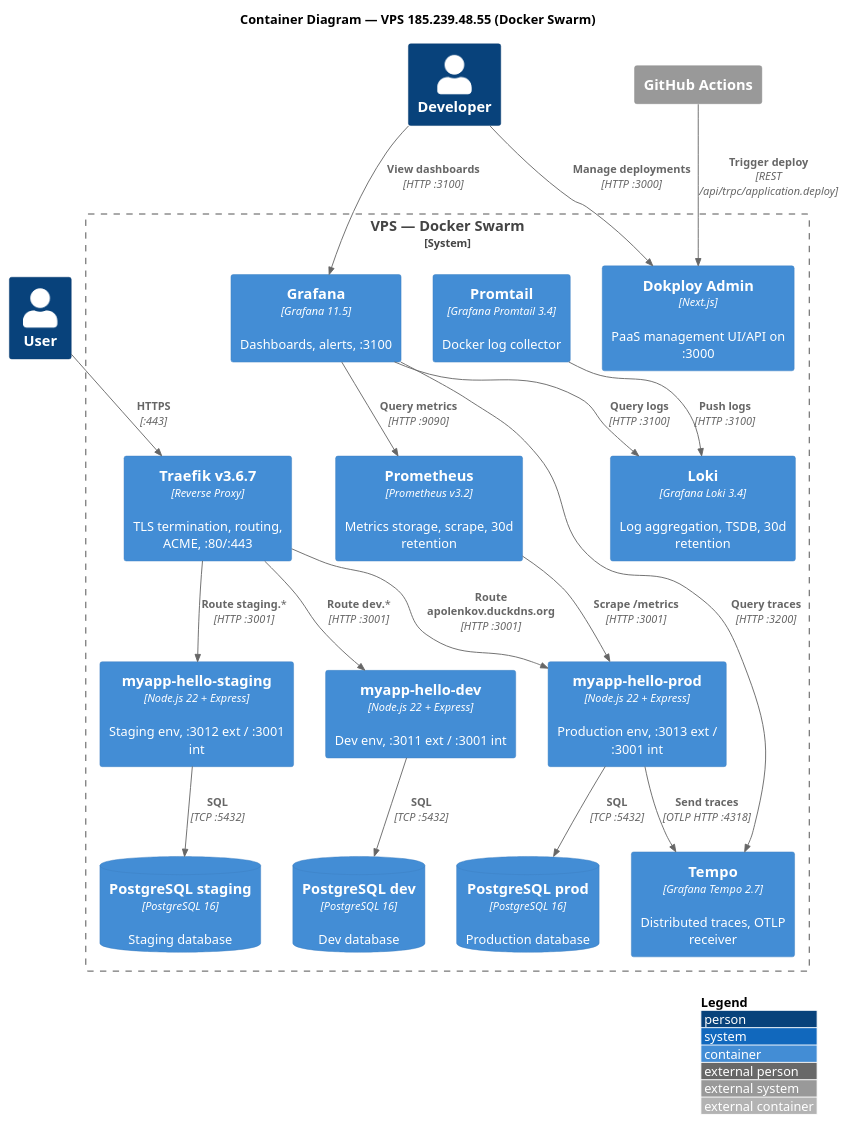
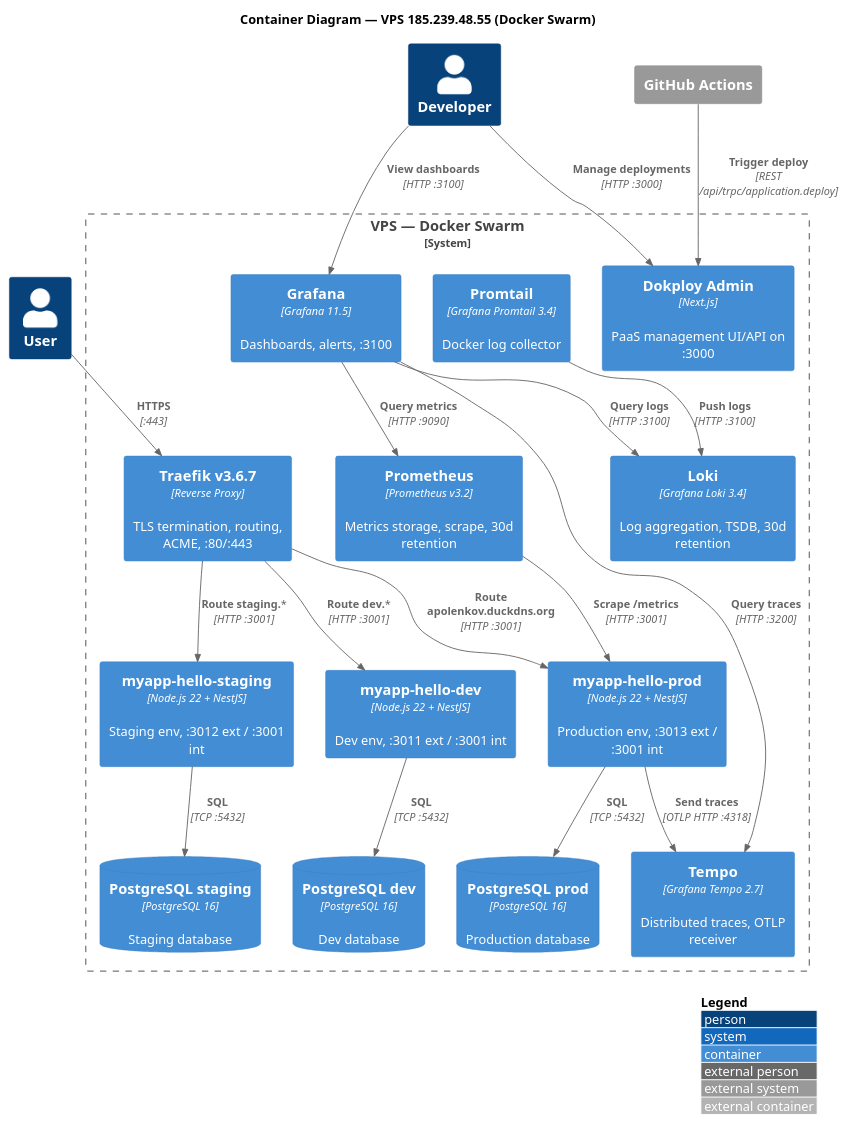
Before and after one commit to apolenkov/myapp-hello: the second of 4 diagrams in docs/architecture.md, drawn with PlantUML. The commit also changed other lines of this file and 33 other files, not shown here.

First line of the commit message:
feat: migrate from Express to NestJS v11

````diff
--- a/docs/architecture.md
+++ b/docs/architecture.md
@@ -40,41 +40,41 @@
 ```plantuml
 @startuml
 !include https://raw.githubusercontent.com/plantuml-stdlib/C4-PlantUML/master/C4_Container.puml
 title Container Diagram — VPS 185.239.48.55 (Docker Swarm)
 Person(user, "User")
 Person(dev, "Developer")
 System_Boundary(vps, "VPS — Docker Swarm") {
     Container(traefik, "Traefik v3.6.7", "Reverse Proxy", "TLS termination, routing, ACME, :80/:443")
     Container(dokploy_admin, "Dokploy Admin", "Next.js", "PaaS management UI/API on :3000")
-    Container(app_prod, "myapp-hello-prod", "Node.js 22 + Express", "Production env, :3013 ext / :3001 int")
-    Container(app_staging, "myapp-hello-staging", "Node.js 22 + Express", "Staging env, :3012 ext / :3001 int")
-    Container(app_dev, "myapp-hello-dev", "Node.js 22 + Express", "Dev env, :3011 ext / :3001 int")
+    Container(app_prod, "myapp-hello-prod", "Node.js 22 + NestJS", "Production env, :3013 ext / :3001 int")
+    Container(app_staging, "myapp-hello-staging", "Node.js 22 + NestJS", "Staging env, :3012 ext / :3001 int")
+    Container(app_dev, "myapp-hello-dev", "Node.js 22 + NestJS", "Dev env, :3011 ext / :3001 int")
     ContainerDb(pg_prod, "PostgreSQL prod", "PostgreSQL 16", "Production database")
     ContainerDb(pg_staging, "PostgreSQL staging", "PostgreSQL 16", "Staging database")
     ContainerDb(pg_dev, "PostgreSQL dev", "PostgreSQL 16", "Dev database")
     Container(grafana, "Grafana", "Grafana 11.5", "Dashboards, alerts, :3100")
     Container(prometheus, "Prometheus", "Prometheus v3.2", "Metrics storage, scrape, 30d retention")
     Container(loki, "Loki", "Grafana Loki 3.4", "Log aggregation, TSDB, 30d retention")
     Container(tempo, "Tempo", "Grafana Tempo 2.7", "Distributed traces, OTLP receiver")
     Container(promtail, "Promtail", "Grafana Promtail 3.4", "Docker log collector")
 }
 System_Ext(github, "GitHub Actions")
 Rel(user, traefik, "HTTPS", ":443")
 Rel(dev, dokploy_admin, "Manage deployments", "HTTP :3000")
 Rel(dev, grafana, "View dashboards", "HTTP :3100")
 Rel(github, dokploy_admin, "Trigger deploy", "REST /api/trpc/application.deploy")
 Rel(traefik, app_prod, "Route apolenkov.duckdns.org", "HTTP :3001")
 Rel(traefik, app_staging, "Route staging.*", "HTTP :3001")
 Rel(traefik, app_dev, "Route dev.*", "HTTP :3001")
 Rel(app_prod, pg_prod, "SQL", "TCP :5432")
 Rel(app_staging, pg_staging, "SQL", "TCP :5432")
 Rel(app_dev, pg_dev, "SQL", "TCP :5432")
 Rel(prometheus, app_prod, "Scrape /metrics", "HTTP :3001")
 Rel(promtail, loki, "Push logs", "HTTP :3100")
 Rel(app_prod, tempo, "Send traces", "OTLP HTTP :4318")
 Rel(grafana, prometheus, "Query metrics", "HTTP :9090")
 Rel(grafana, loki, "Query logs", "HTTP :3100")
 Rel(grafana, tempo, "Query traces", "HTTP :3200")
 LAYOUT_WITH_LEGEND()
 @enduml
 ```
````
